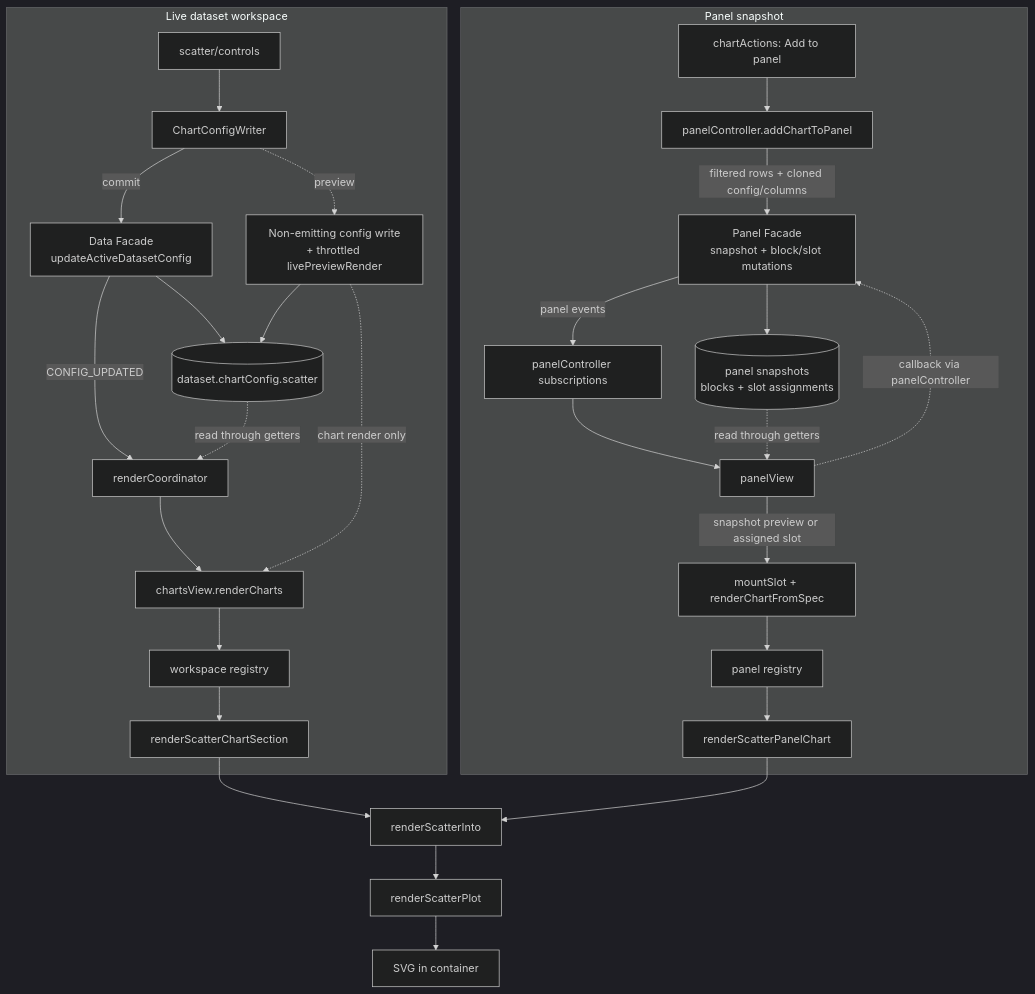
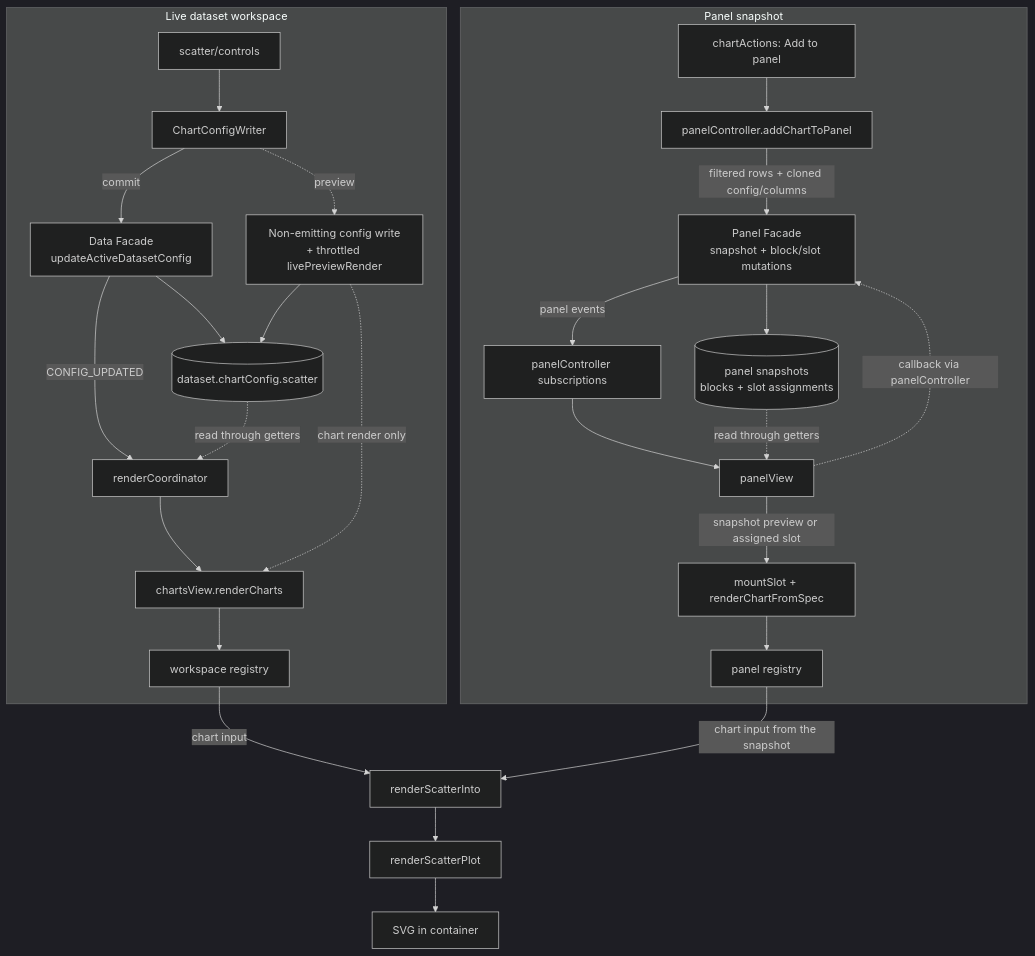
The diagram in docs/development/charts/scatter.md (GabrielInada/CHIVE), drawn with Mermaid (dark theme) before and after one commit. The commit also changed other lines of this file and 73 other files, not shown here.

````diff
--- a/docs/development/charts/scatter.md
+++ b/docs/development/charts/scatter.md
@@ -173,34 +171,32 @@
 ```mermaid
 flowchart TB
     subgraph LIVE["Live dataset workspace"]
         CONTROLS["scatter/controls"] --> WRITER["ChartConfigWriter"]
         WRITER -- commit --> DFACADE["Data Facade<br/>updateActiveDatasetConfig"]
         DFACADE --> DSTATE[("dataset.chartConfig.scatter")]
         DFACADE -- CONFIG_UPDATED --> COORD["renderCoordinator"]
         DSTATE -. read through getters .-> COORD
         WRITER -. preview .-> PREVIEW["Non-emitting config write<br/>+ throttled livePreviewRender"]
         PREVIEW --> DSTATE
         COORD --> CHARTSVIEW["chartsView.renderCharts"]
         PREVIEW -. chart render only .-> CHARTSVIEW
         CHARTSVIEW --> WREG["workspace registry"]
-        WREG --> WSECTION["renderScatterChartSection"]
     end
 
     subgraph SAVED["Panel snapshot"]
         ACTION["chartActions: Add to panel"] --> PCAPTURE["panelController.addChartToPanel"]
         PCAPTURE -- filtered rows + cloned config/columns --> PFACADE["Panel Facade<br/>snapshot + block/slot mutations"]
         PFACADE --> PSTATE[("panel snapshots<br/>blocks + slot assignments")]
         PFACADE -- panel events --> PSUB["panelController subscriptions"]
         PSUB --> PVIEW["panelView"]
         PSTATE -. read through getters .-> PVIEW
         PVIEW -. callback via panelController .-> PFACADE
         PVIEW -- snapshot preview or assigned slot --> MOUNT["mountSlot + renderChartFromSpec"]
         MOUNT --> PREG["panel registry"]
-        PREG --> ADAPTER["renderScatterPanelChart"]
     end
 
-    WSECTION --> PRESENT["renderScatterInto"]
-    ADAPTER --> PRESENT
+    WREG -- chart input --> PRESENT["renderScatterInto"]
+    PREG -- chart input from the snapshot --> PRESENT
     PRESENT --> RENDERER["renderScatterPlot"]
     RENDERER --> OUTPUT["SVG in container"]
 ```
````
